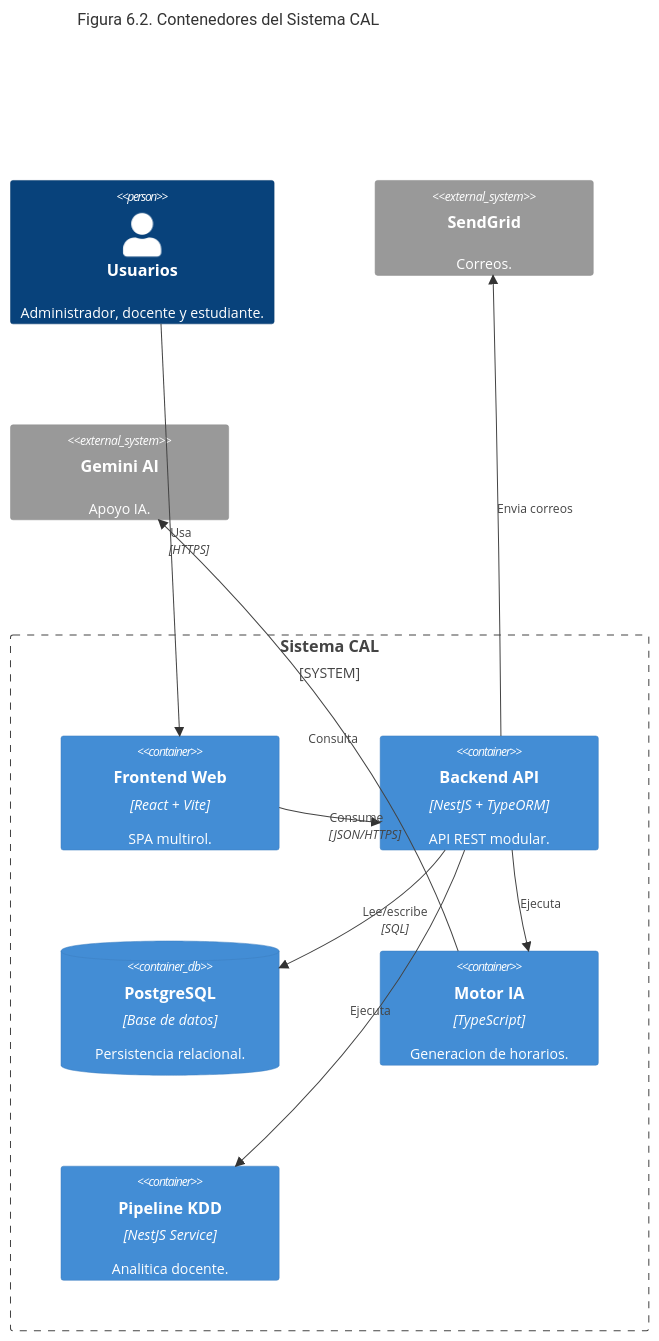
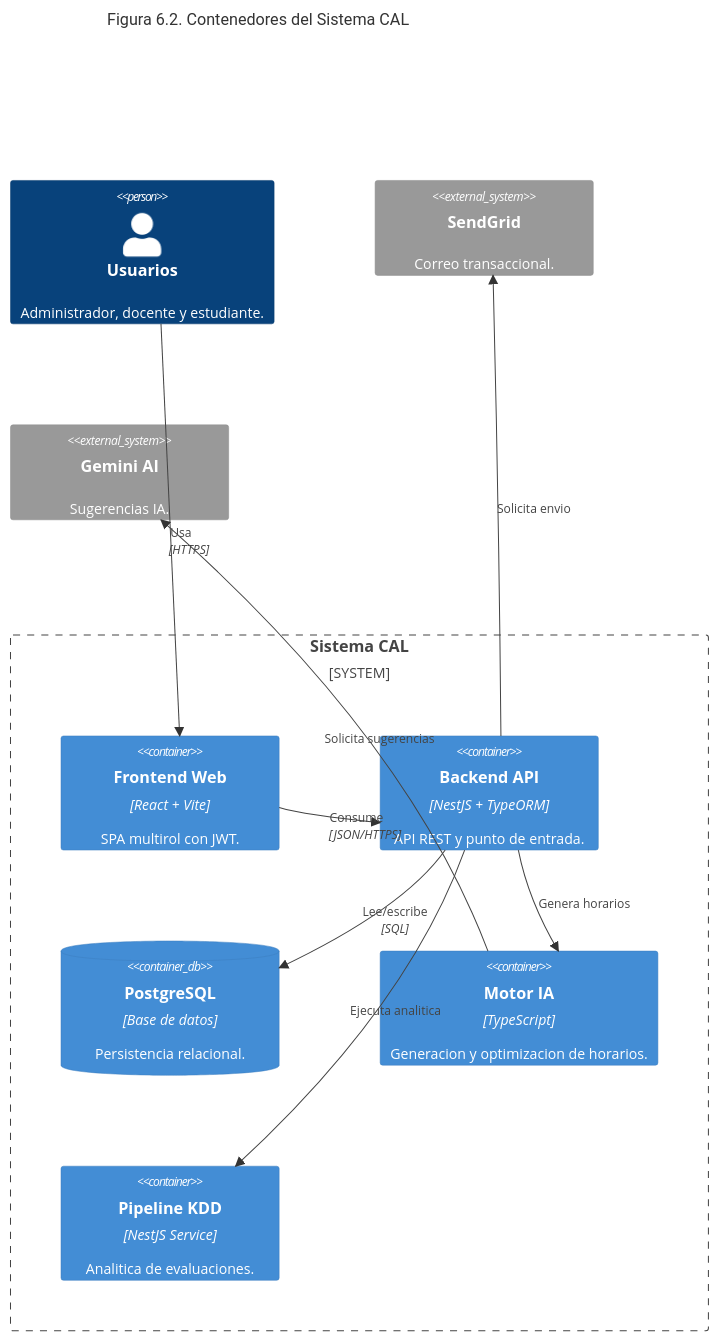
The diagram in docs/diagramas/02_c4_contenedores.mmd (Proyecto-grado-ucc/proyectoGrado-server), drawn with Mermaid before and after one commit. The commit also changed 34 other files, not shown here.

Commit message:
docs: refine architecture diagrams

```diff
--- a/docs/diagramas/02_c4_contenedores.mmd
+++ b/docs/diagramas/02_c4_contenedores.mmd
@@ -1,25 +1,25 @@
 C4Container
 title Figura 6.2. Contenedores del Sistema CAL
 
 Person(user, "Usuarios", "Administrador, docente y estudiante.")
 
 System_Boundary(cal, "Sistema CAL") {
-  Container(spa, "Frontend Web", "React + Vite", "SPA multirol.")
-  Container(api, "Backend API", "NestJS + TypeORM", "API REST modular.")
+  Container(spa, "Frontend Web", "React + Vite", "SPA multirol con JWT.")
+  Container(api, "Backend API", "NestJS + TypeORM", "API REST y punto de entrada.")
   ContainerDb(db, "PostgreSQL", "Base de datos", "Persistencia relacional.")
-  Container(ai, "Motor IA", "TypeScript", "Generacion de horarios.")
-  Container(kdd, "Pipeline KDD", "NestJS Service", "Analitica docente.")
+  Container(ai, "Motor IA", "TypeScript", "Generacion y optimizacion de horarios.")
+  Container(kdd, "Pipeline KDD", "NestJS Service", "Analitica de evaluaciones.")
 }
 
-System_Ext(sendgrid, "SendGrid", "Correos.")
-System_Ext(gemini, "Gemini AI", "Apoyo IA.")
+System_Ext(sendgrid, "SendGrid", "Correo transaccional.")
+System_Ext(gemini, "Gemini AI", "Sugerencias IA.")
 
 Rel(user, spa, "Usa", "HTTPS")
 Rel(spa, api, "Consume", "JSON/HTTPS")
 Rel(api, db, "Lee/escribe", "SQL")
-Rel(api, ai, "Ejecuta")
-Rel(api, kdd, "Ejecuta")
-Rel(api, sendgrid, "Envia correos")
-Rel(ai, gemini, "Consulta")
+Rel(api, ai, "Genera horarios")
+Rel(api, kdd, "Ejecuta analitica")
+Rel(api, sendgrid, "Solicita envio")
+Rel(ai, gemini, "Solicita sugerencias")
 
 UpdateLayoutConfig($c4ShapeInRow="3", $c4BoundaryInRow="1")
```
